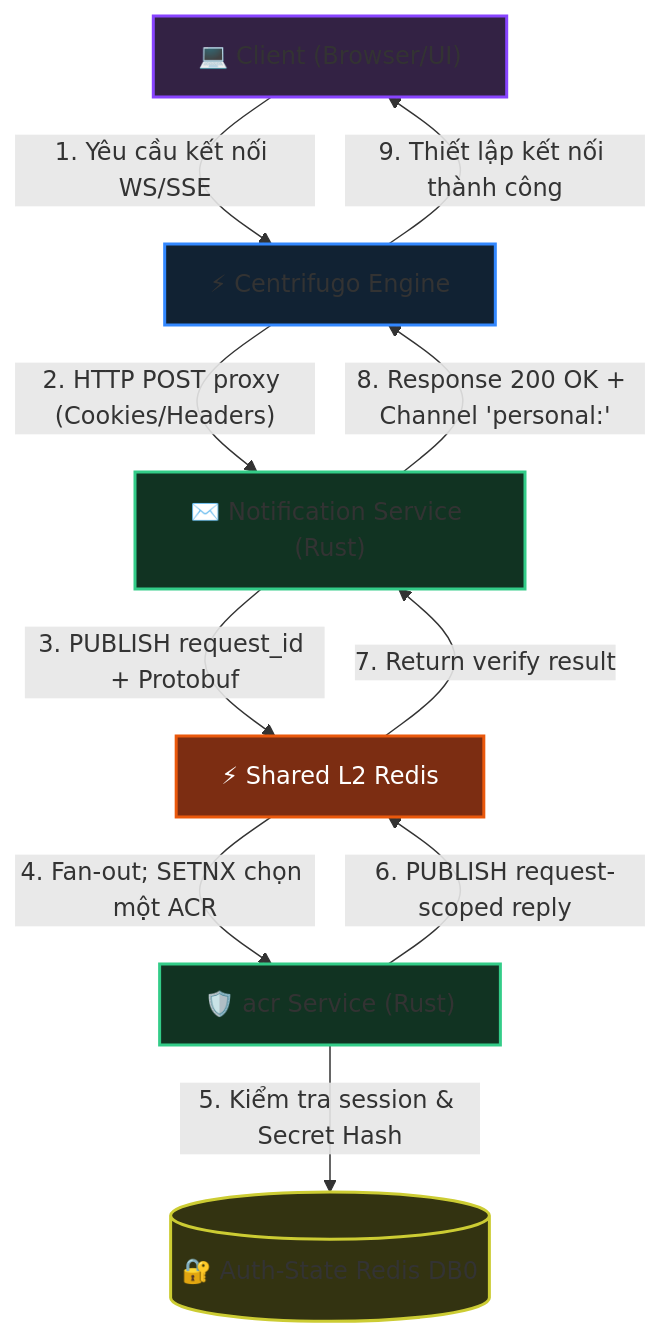
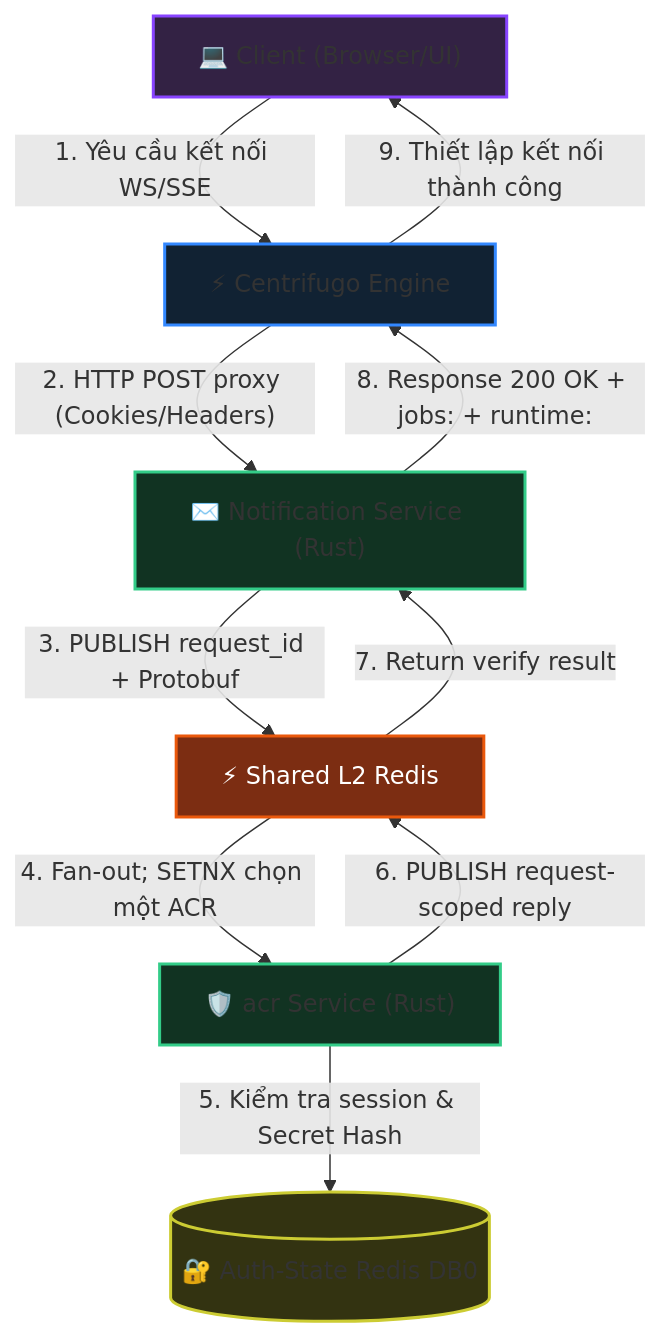
Before and after one commit to phucle996/aurora: the first of 2 diagrams in god_view/notification/centrifugo_auth_god_view_workflow.md, drawn with Mermaid. The commit also changed other lines of this file and 63 other files, not shown here.

Commit message:
refactor: restructure notification-service to layered architecture and update RealtimeContext to support stream-based subscriptions

````diff
--- a/god_view/notification/centrifugo_auth_god_view_workflow.md
+++ b/god_view/notification/centrifugo_auth_god_view_workflow.md
@@ -34,25 +34,25 @@
 ```mermaid
 graph TD
     classDef client fill:#332244,stroke:#8844ff,stroke-width:2px;
     classDef gateway fill:#112233,stroke:#3388ff,stroke-width:2px;
     classDef edgeService fill:#113322,stroke:#33cc88,stroke-width:2px;
     classDef storage fill:#333311,stroke:#cccc33,stroke-width:2px;
     classDef queue fill:#7c2d12,stroke:#ea580c,color:#ffffff,stroke-width:2px;
 
     Client["💻 Client (Browser/UI)"]:::client
     Centrifugo["⚡ Centrifugo Engine"]:::gateway
     Notification["✉️ Notification Service (Rust)"]:::edgeService
     SharedRedis["⚡ Shared L2 Redis"]:::queue
     acr["🛡️ acr Service (Rust)"]:::edgeService
     AuthRedis[("🔐 Auth-State Redis DB0")]:::storage
 
     Client -- "1. Yêu cầu kết nối WS/SSE" --> Centrifugo
     Centrifugo -- "2. HTTP POST proxy (Cookies/Headers)" --> Notification
     Notification -- "3. PUBLISH request_id + Protobuf" --> SharedRedis
     SharedRedis -- "4. Fan-out; SETNX chọn một ACR" --> acr
     acr -- "5. Kiểm tra session & Secret Hash" --> AuthRedis
     acr -- "6. PUBLISH request-scoped reply" --> SharedRedis
     SharedRedis -- "7. Return verify result" --> Notification
-    Notification -- "8. Response 200 OK + Channel 'personal:<user_id>'" --> Centrifugo
+    Notification -- "8. Response 200 OK + jobs:<user_id> + runtime:<user_id>" --> Centrifugo
     Centrifugo -- "9. Thiết lập kết nối thành công" --> Client
 ```
````
